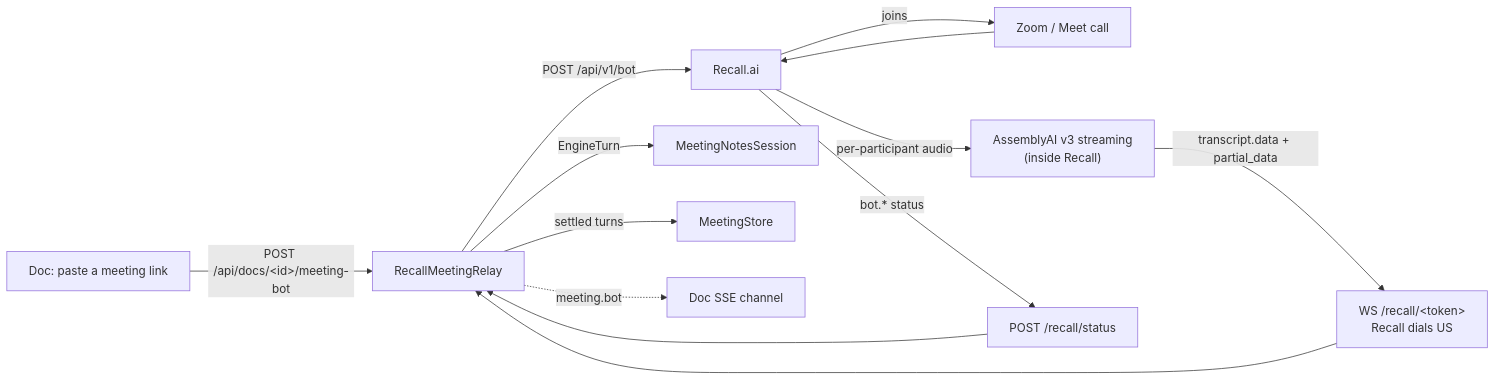
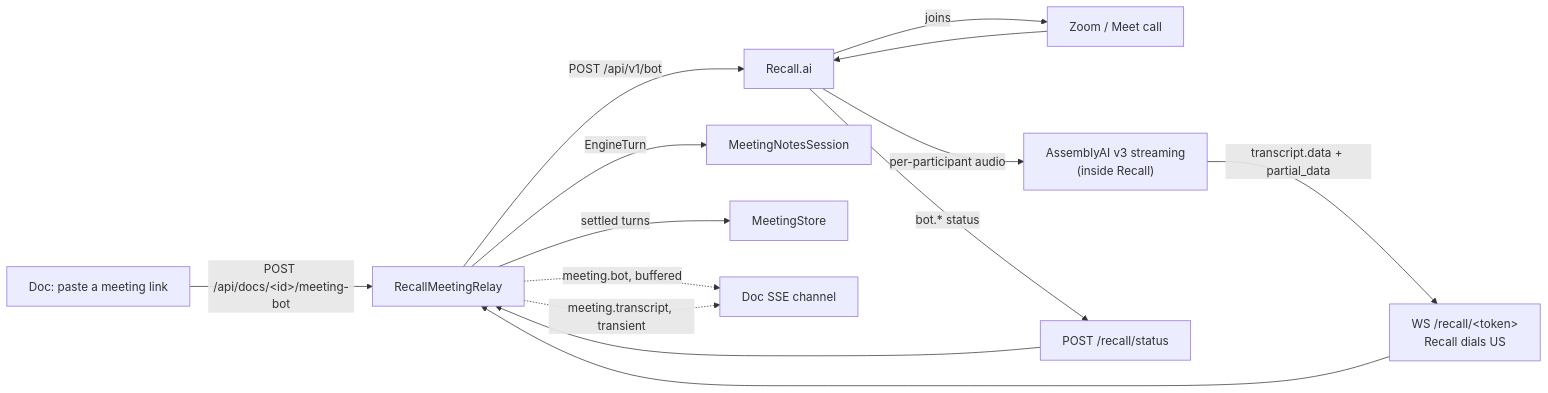
Before and after one commit to fryanpan/claude-live-feedback-plugin: the second of 3 diagrams in docs/architecture/meeting-assistant.md, drawn with Mermaid. The commit also changed other lines of this file, not shown here.

First line of the commit message:
meeting-assistant.md: the bot's live ticker, and why it is transient

````diff
--- a/docs/architecture/meeting-assistant.md
+++ b/docs/architecture/meeting-assistant.md
@@ -327,15 +331,16 @@
 ```mermaid
 flowchart LR
   Doc["Doc: paste a meeting link"] -->|POST /api/docs/&lt;id&gt;/meeting-bot| API[RecallMeetingRelay]
   API -->|POST /api/v1/bot| Recall[Recall.ai]
   Recall -->|joins| Call["Zoom / Meet call"]
   Call --> Recall
   Recall -->|per-participant audio| AAI["AssemblyAI v3 streaming<br/>(inside Recall)"]
   AAI -->|transcript.data + partial_data| WS["WS /recall/&lt;token&gt;<br/>Recall dials US"]
   WS --> API
   Recall -->|bot.* status| Hook["POST /recall/status"]
   Hook --> API
   API -->|EngineTurn| Notes[MeetingNotesSession]
   API -->|settled turns| Store[MeetingStore]
-  API -.->|meeting.bot| SSE[Doc SSE channel]
+  API -.->|meeting.bot, buffered| SSE[Doc SSE channel]
+  API -.->|meeting.transcript, transient| SSE
 ```
````
